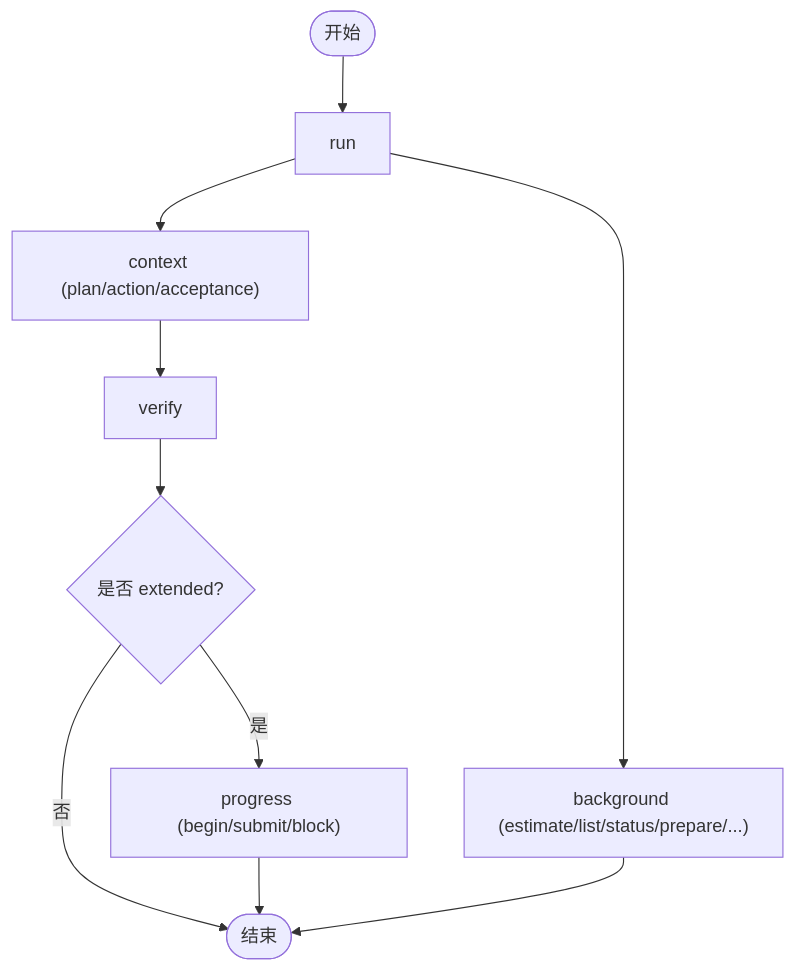
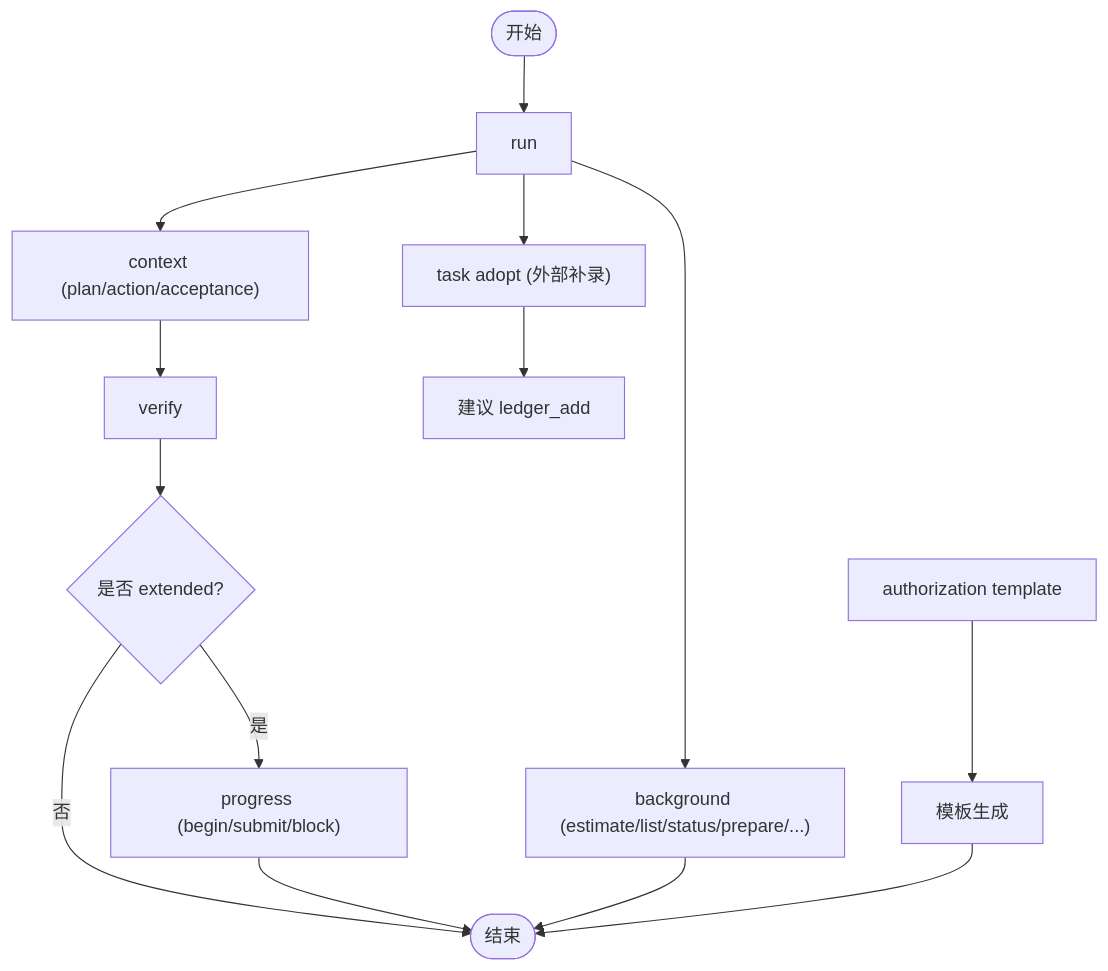
One commit to HackSing/docs-harness changed the third of 3 diagrams in .qoder/repowiki/zh/content/API参考/CLI命令参考/CLI命令参考.md. Above: the diagram before and after it, drawn with Mermaid. The commit also changed other lines of this file and 40 other files, not shown here.

````diff
--- a/.qoder/repowiki/zh/content/API参考/CLI命令参考/CLI命令参考.md
+++ b/.qoder/repowiki/zh/content/API参考/CLI命令参考/CLI命令参考.md
@@ -400,12 +422,16 @@
 ```mermaid
 flowchart TD
 Start(["开始"]) --> Run["run"]
 Run --> Context["context (plan/action/acceptance)"]
 Context --> Verify["verify"]
 Verify --> Progress{"是否 extended?"}
 Progress --> |是| Prog["progress (begin/submit/block)"]
 Progress --> |否| End(["结束"])
 Prog --> End
 Run --> BG["background (estimate/list/status/prepare/...)"]
 BG --> End
+Run --> TaskAdopt["task adopt (外部补录)"]
+TaskAdopt --> LedgerAdd["建议 ledger_add"]
+Authorization["authorization template"] --> TemplateGen["模板生成"]
+TemplateGen --> End
 ```
````
